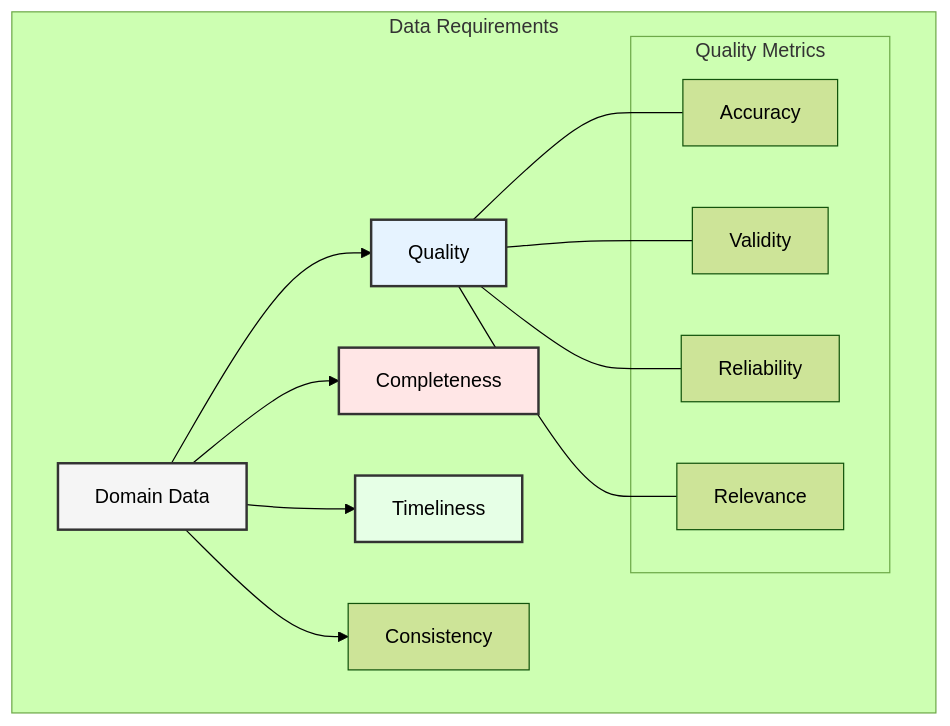
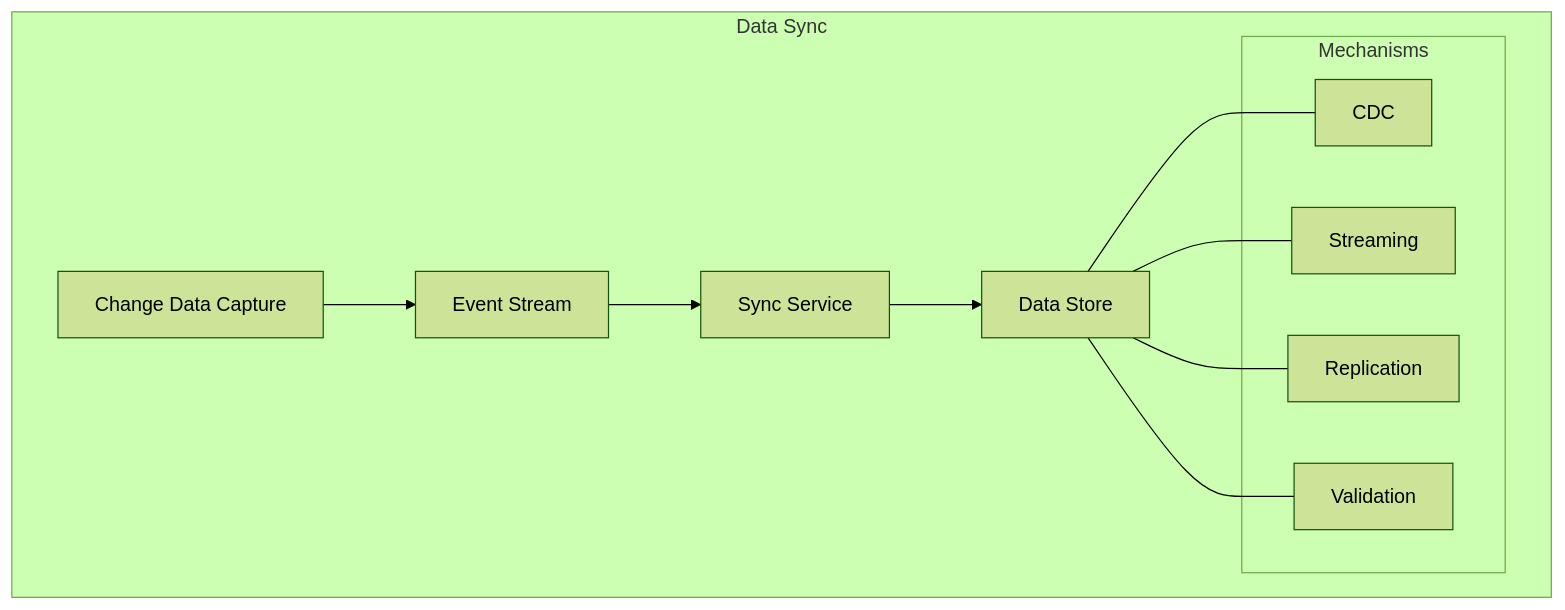
One commit to data-octo/agentic_ai_research changed the fourth of 9 diagrams in enterprise_data_architecture/chapters/06_integration.md. Above: the diagram before and after it, drawn with Mermaid (forest theme). The commit also changed other lines of this file and 11 other files, not shown here.

````diff
--- a/enterprise_data_architecture/chapters/06_integration.md
+++ b/enterprise_data_architecture/chapters/06_integration.md
@@ -77,26 +116,20 @@
 ```mermaid
 graph TB
-    subgraph "Data Requirements"
-        A[Domain Data] --> B[Quality]
-        A --> C[Completeness]
-        A --> D[Timeliness]
-        A --> E[Consistency]
+    subgraph "Data Sync"
+        A[Change Data Capture] --> B[Event Stream]
+        B --> C[Sync Service]
+        C --> D[Data Store]
         
-        subgraph "Quality Metrics"
-            F[Accuracy]
-            G[Validity]
-            H[Reliability]
-            I[Relevance]
+        subgraph "Mechanisms"
+            E[CDC]
+            F[Streaming]
+            G[Replication]
+            H[Validation]
         end
         
-        B --- F
-        B --- G
-        B --- H
-        B --- I
+        D --- E
+        D --- F
+        D --- G
+        D --- H
     end
-    
-    style A fill:#f5f5f5,stroke:#333,stroke-width:2px
-    style B fill:#e6f3ff,stroke:#333,stroke-width:2px
-    style C fill:#ffe6e6,stroke:#333,stroke-width:2px
-    style D fill:#e6ffe6,stroke:#333,stroke-width:2px
 ```
````
